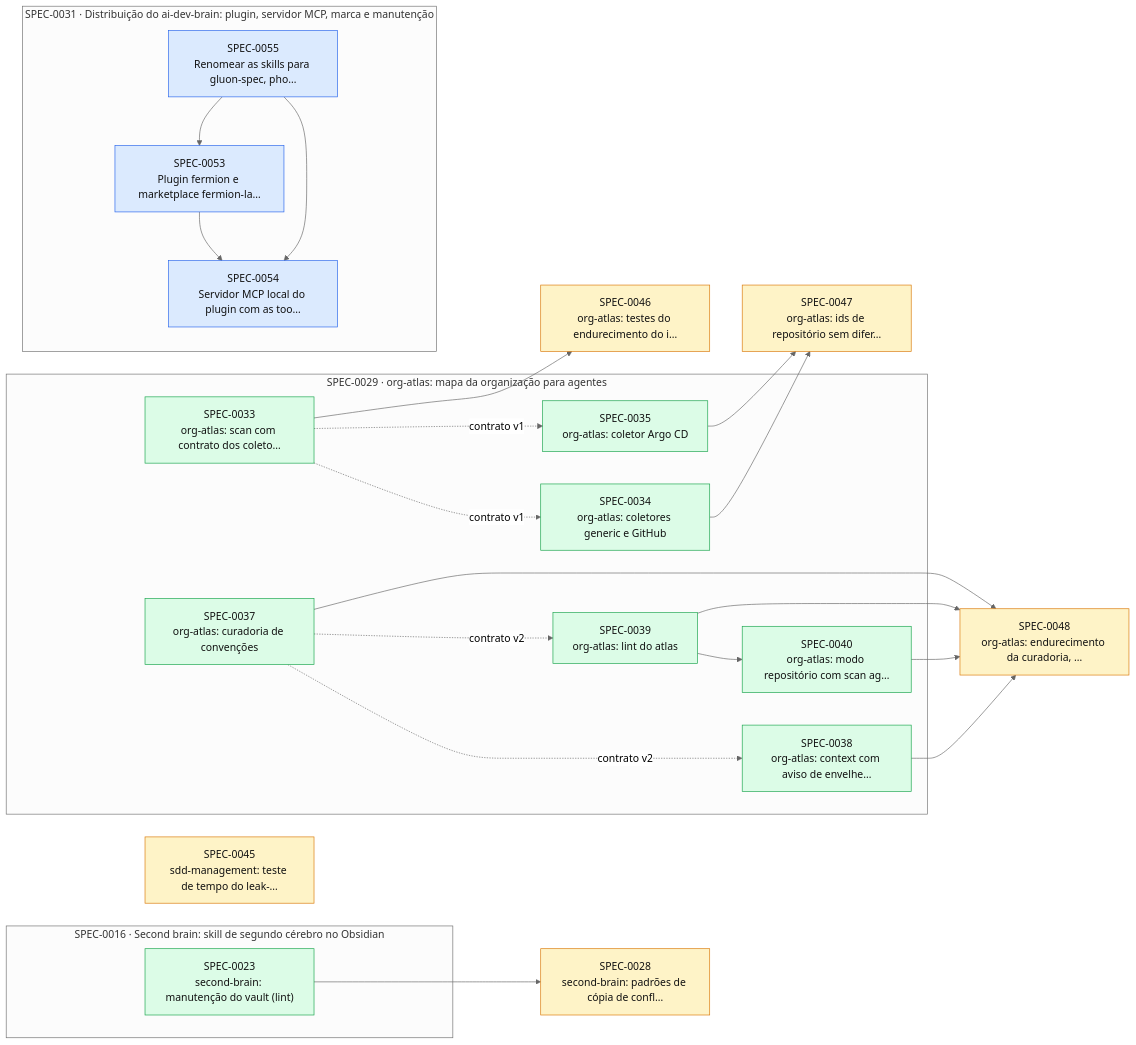
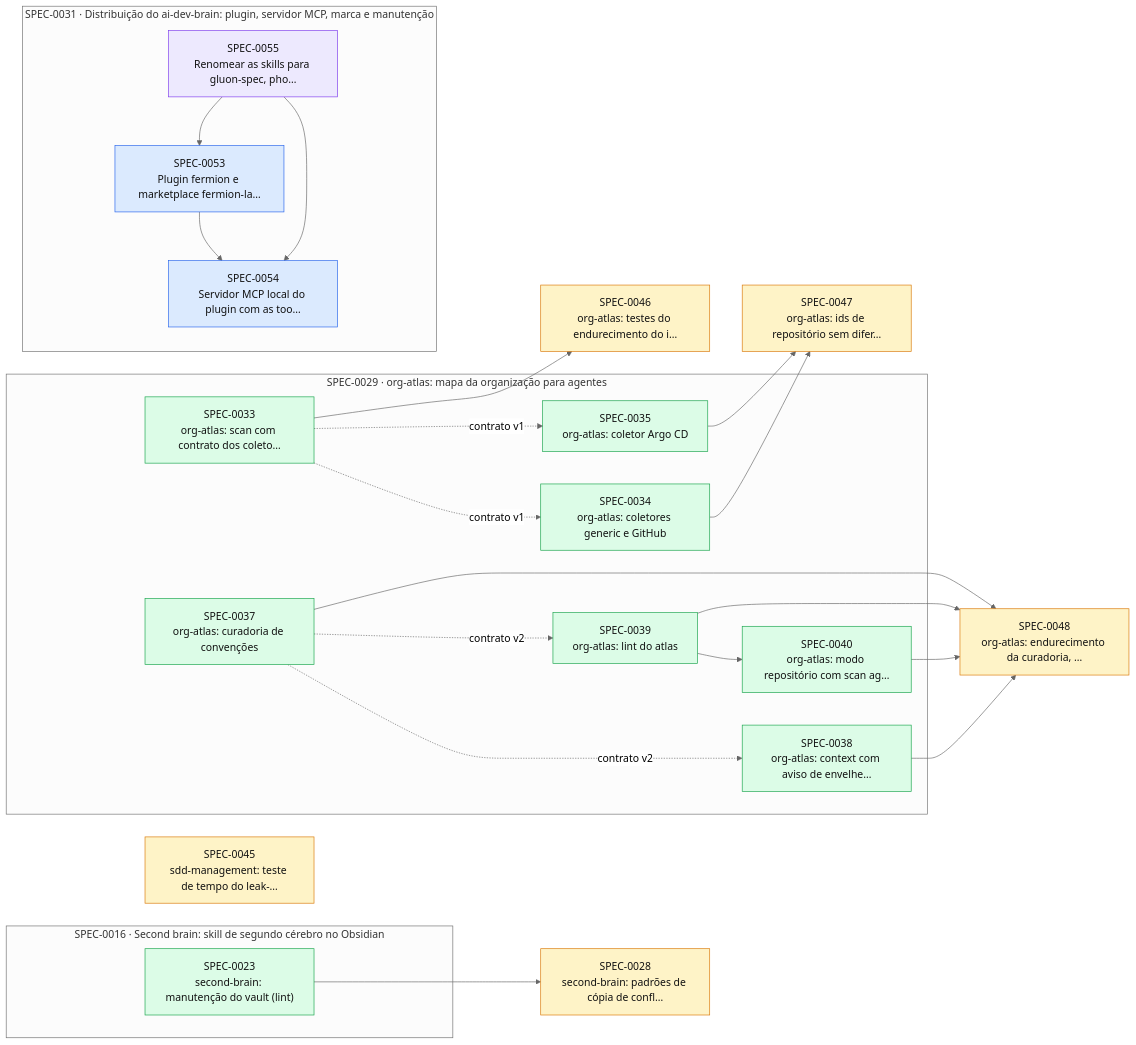
One commit to thomasravache/ai-dev-brain changed the diagram in docs/specs/INDEX.md. Above: the diagram before and after it, drawn with Mermaid (neutral theme). The commit also changed other lines of this file and 3 other files, not shown here.

````diff
--- a/docs/specs/INDEX.md
+++ b/docs/specs/INDEX.md
@@ -55,46 +55,46 @@
 ```mermaid
 flowchart LR
   S0028["SPEC-0028<br/>second-brain: padrões de cópia de confl…"]:::proposed
   S0045["SPEC-0045<br/>sdd-management: teste de tempo do leak-…"]:::proposed
   S0046["SPEC-0046<br/>org-atlas: testes do endurecimento do i…"]:::proposed
   S0047["SPEC-0047<br/>org-atlas: ids de repositório sem difer…"]:::proposed
   S0048["SPEC-0048<br/>org-atlas: endurecimento da curadoria, …"]:::proposed
   subgraph E0016["SPEC-0016 · Second brain: skill de segundo cérebro no Obsidian"]
     S0023["SPEC-0023<br/>second-brain: manutenção do vault (lint)"]:::implemented
   end
   subgraph E0029["SPEC-0029 · org-atlas: mapa da organização para agentes"]
     S0033["SPEC-0033<br/>org-atlas: scan com contrato dos coleto…"]:::implemented
     S0034["SPEC-0034<br/>org-atlas: coletores generic e GitHub"]:::implemented
     S0035["SPEC-0035<br/>org-atlas: coletor Argo CD"]:::implemented
     S0037["SPEC-0037<br/>org-atlas: curadoria de convenções"]:::implemented
     S0038["SPEC-0038<br/>org-atlas: context com aviso de envelhe…"]:::implemented
     S0039["SPEC-0039<br/>org-atlas: lint do atlas"]:::implemented
     S0040["SPEC-0040<br/>org-atlas: modo repositório com scan ag…"]:::implemented
   end
   subgraph E0031["SPEC-0031 · Distribuição do ai-dev-brain: plugin, servidor MCP, marca e manutenção"]
     S0053["SPEC-0053<br/>Plugin fermion e marketplace fermion-la…"]:::approved
     S0054["SPEC-0054<br/>Servidor MCP local do plugin com as too…"]:::approved
-    S0055["SPEC-0055<br/>Renomear as skills para gluon-spec, pho…"]:::approved
+    S0055["SPEC-0055<br/>Renomear as skills para gluon-spec, pho…"]:::inprogress
   end
   S0023 --> S0028
   S0033 -. contrato v1 .-> S0034
   S0033 -. contrato v1 .-> S0035
   S0037 -. contrato v2 .-> S0038
   S0037 -. contrato v2 .-> S0039
   S0039 --> S0040
   S0033 --> S0046
   S0034 --> S0047
   S0035 --> S0047
   S0037 --> S0048
   S0038 --> S0048
   S0039 --> S0048
   S0040 --> S0048
   S0055 --> S0053
   S0053 --> S0054
   S0055 --> S0054
   classDef proposed fill:#fef3c7,stroke:#d97706,color:#111
   classDef approved fill:#dbeafe,stroke:#2563eb,color:#111
   classDef inprogress fill:#ede9fe,stroke:#7c3aed,color:#111
   classDef implemented fill:#dcfce7,stroke:#16a34a,color:#111
   classDef deprecated fill:#f3f4f6,stroke:#9ca3af,color:#6b7280
 ```
````
